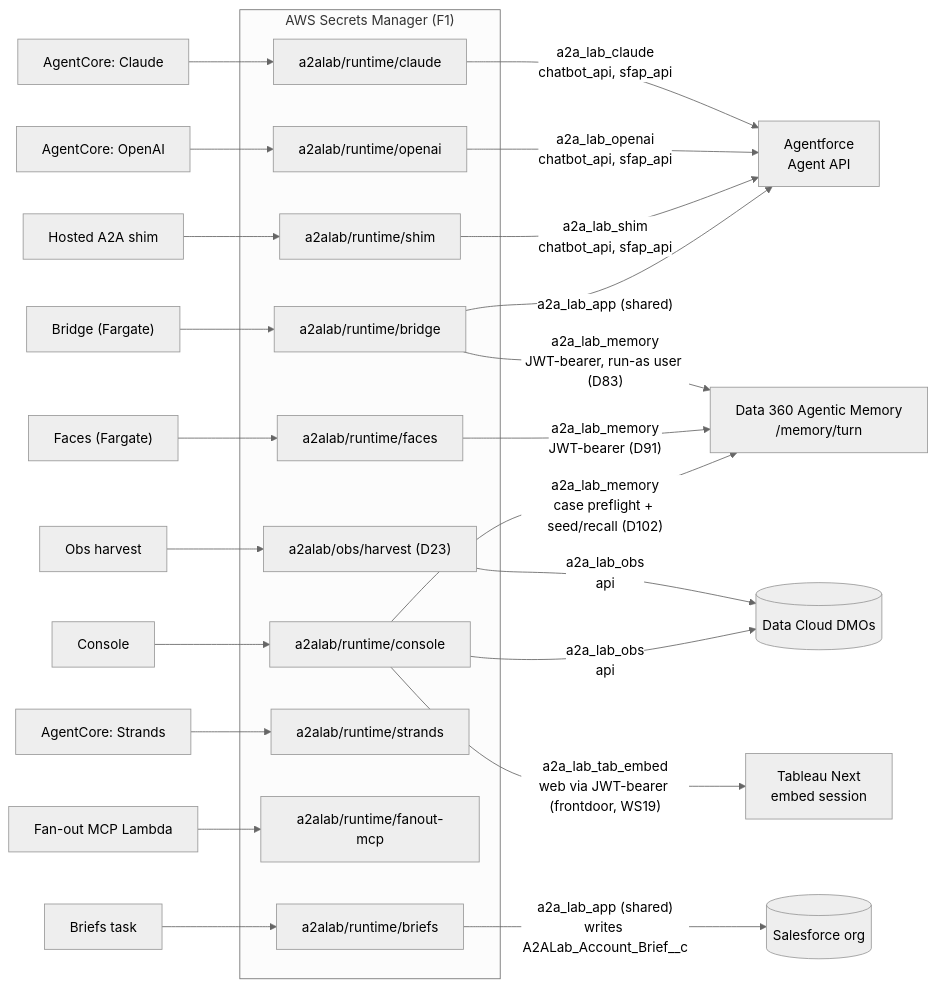
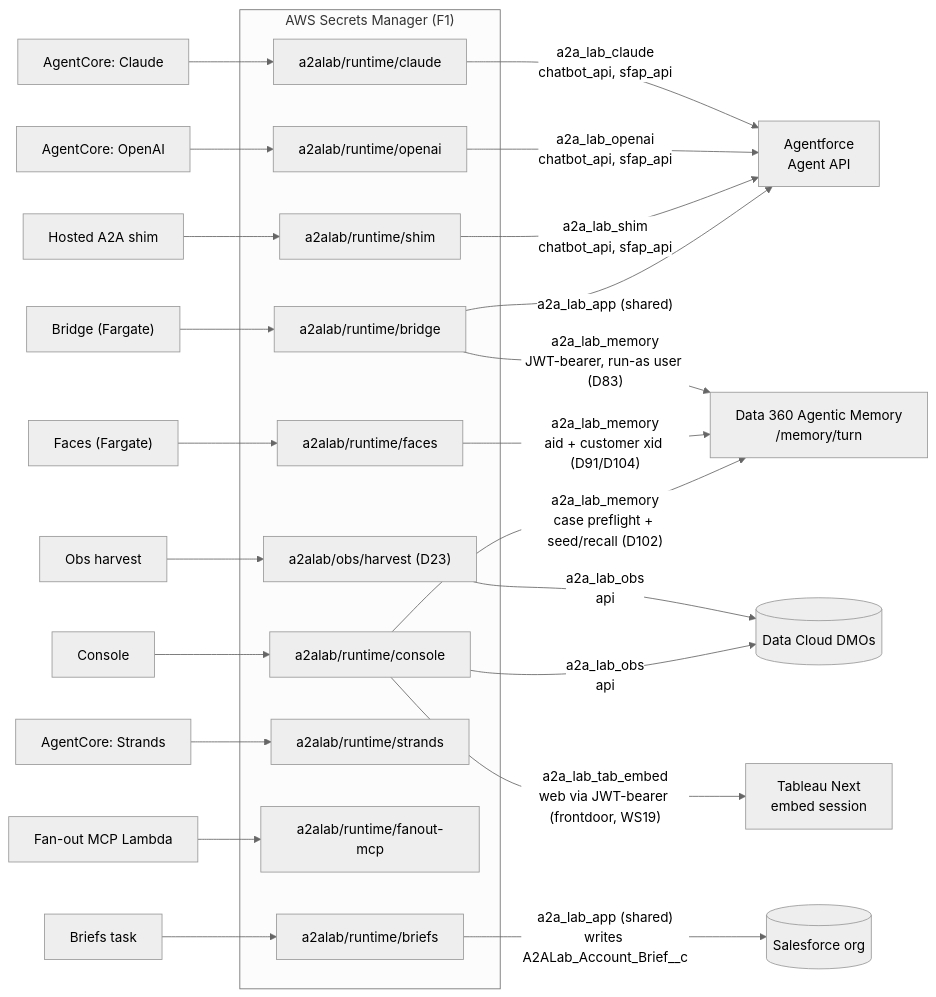
Before and after one commit to congmingwudi/a2a-lab: the fourth of 4 diagrams in README.md, drawn with Mermaid (neutral theme).

Commit message:
README: sync identity-and-secrets diagram with config/diagrams.yaml (D104 edge label)

````diff
--- a/README.md
+++ b/README.md
@@ -626,38 +626,38 @@
 ```mermaid
 flowchart LR
     subgraph sm["AWS Secrets Manager (F1)"]
         SC["a2alab/runtime/claude"]
         SO["a2alab/runtime/openai"]
         SS["a2alab/runtime/shim"]
         SCON["a2alab/runtime/console"]
         SB["a2alab/runtime/bridge"]
         SF["a2alab/runtime/faces"]
         SBR["a2alab/runtime/briefs"]
         SST["a2alab/runtime/strands"]
         SFAN["a2alab/runtime/fanout-mcp"]
         SH["a2alab/obs/harvest (D23)"]
     end
 
     ACC["AgentCore: Claude"] --> SC
     ACO["AgentCore: OpenAI"] --> SO
     HSHIM["Hosted A2A shim"] --> SS
     CON["Console"] --> SCON
     HARV["Obs harvest"] --> SH
     BR["Bridge (Fargate)"] --> SB
     FACES["Faces (Fargate)"] --> SF
     BRIEFS["Briefs task"] --> SBR
     ACS["AgentCore: Strands"] --> SST
     FAN["Fan-out MCP Lambda"] --> SFAN
 
     SC -- "a2a_lab_claude<br/>chatbot_api, sfap_api" --> AAPI["Agentforce<br/>Agent API"]
     SO -- "a2a_lab_openai<br/>chatbot_api, sfap_api" --> AAPI
     SS -- "a2a_lab_shim<br/>chatbot_api, sfap_api" --> AAPI
     SH -- "a2a_lab_obs<br/>api" --> DMO[("Data Cloud DMOs")]
     SCON -- "a2a_lab_tab_embed<br/>web via JWT-bearer (frontdoor, WS19)" --> TAB["Tableau Next<br/>embed session"]
     SCON -- "a2a_lab_obs<br/>api" --> DMO
     SB -- "a2a_lab_app (shared)" --> AAPI
     SB -- "a2a_lab_memory<br/>JWT-bearer, run-as user (D83)" --> MEM["Data 360 Agentic Memory<br/>/memory/turn"]
-    SF -- "a2a_lab_memory<br/>JWT-bearer (D91)" --> MEM
+    SF -- "a2a_lab_memory<br/>aid + customer xid (D91/D104)" --> MEM
     SCON -- "a2a_lab_memory<br/>case preflight + seed/recall (D102)" --> MEM
     SBR -- "a2a_lab_app (shared)<br/>writes A2ALab_Account_Brief__c" --> SFORG[("Salesforce org")]
 ```
````
